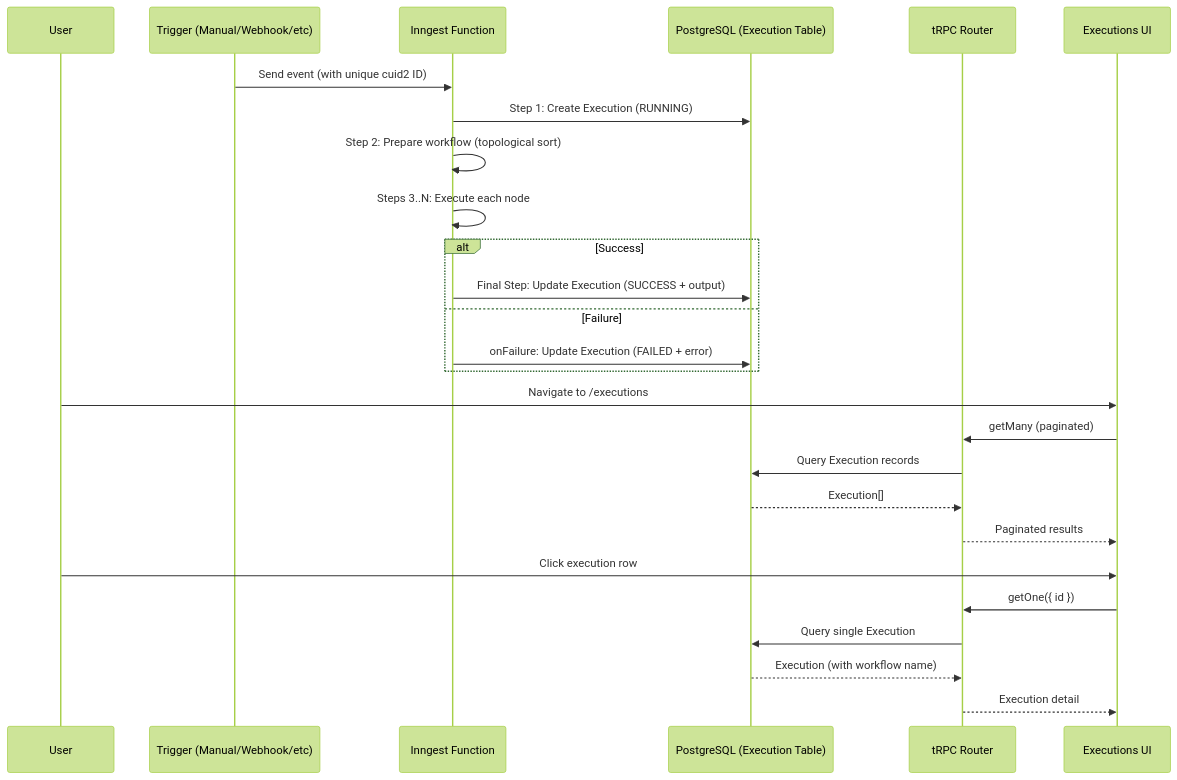
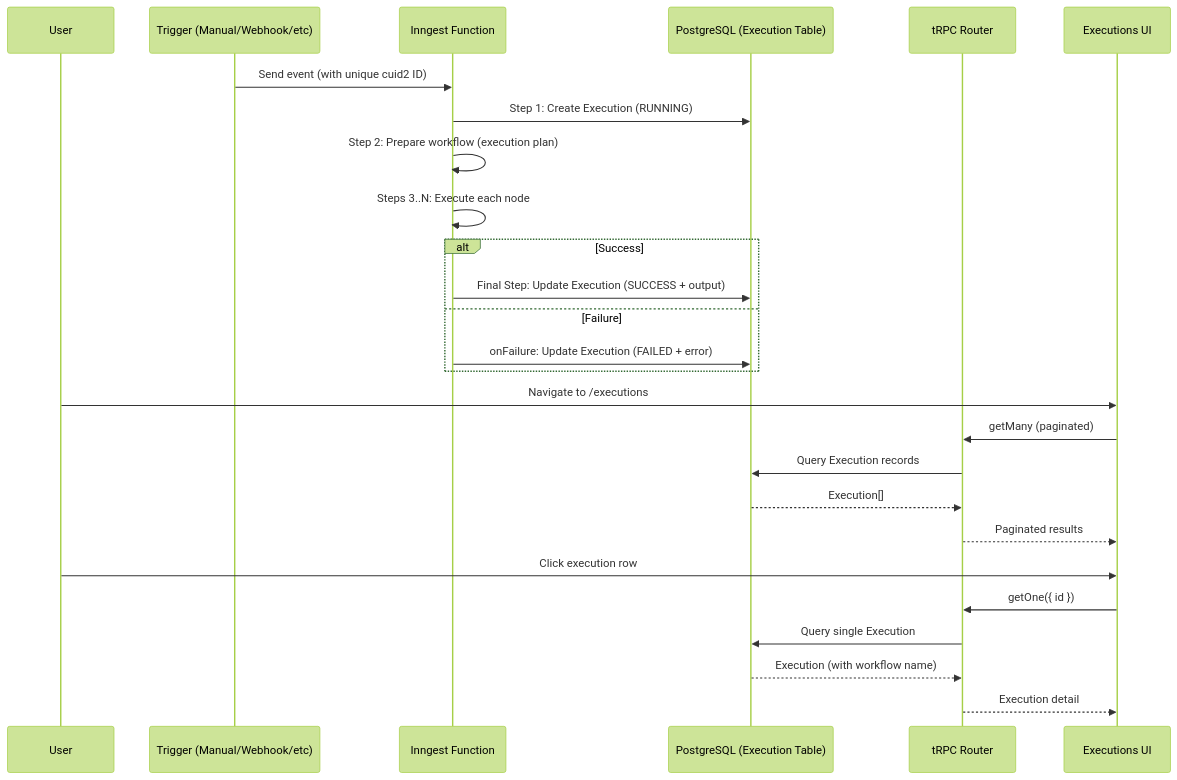
Before and after one commit to aady01/Orbitron: the first of 2 diagrams in specs/execution-tracking.md, drawn with Mermaid (forest theme). The commit also changed other lines of this file and 13 other files, not shown here.

Commit message:
feat: add staged execution plan for workflows

````diff
--- a/specs/execution-tracking.md
+++ b/specs/execution-tracking.md
@@ -53,29 +53,29 @@
 ```mermaid
 sequenceDiagram
     participant User as User
     participant Trigger as Trigger (Manual/Webhook/etc)
     participant Inngest as Inngest Function
     participant DB as PostgreSQL (Execution Table)
     participant tRPC as tRPC Router
     participant UI as Executions UI
 
     Trigger->>Inngest: Send event (with unique cuid2 ID)
     Inngest->>DB: Step 1: Create Execution (RUNNING)
-    Inngest->>Inngest: Step 2: Prepare workflow (topological sort)
+    Inngest->>Inngest: Step 2: Prepare workflow (execution plan)
     Inngest->>Inngest: Steps 3..N: Execute each node
     alt Success
         Inngest->>DB: Final Step: Update Execution (SUCCESS + output)
     else Failure
         Inngest->>DB: onFailure: Update Execution (FAILED + error)
     end
     User->>UI: Navigate to /executions
     UI->>tRPC: getMany (paginated)
     tRPC->>DB: Query Execution records
     DB-->>tRPC: Execution[]
     tRPC-->>UI: Paginated results
     User->>UI: Click execution row
     UI->>tRPC: getOne({ id })
     tRPC->>DB: Query single Execution
     DB-->>tRPC: Execution (with workflow name)
     tRPC-->>UI: Execution detail
 ```
````
